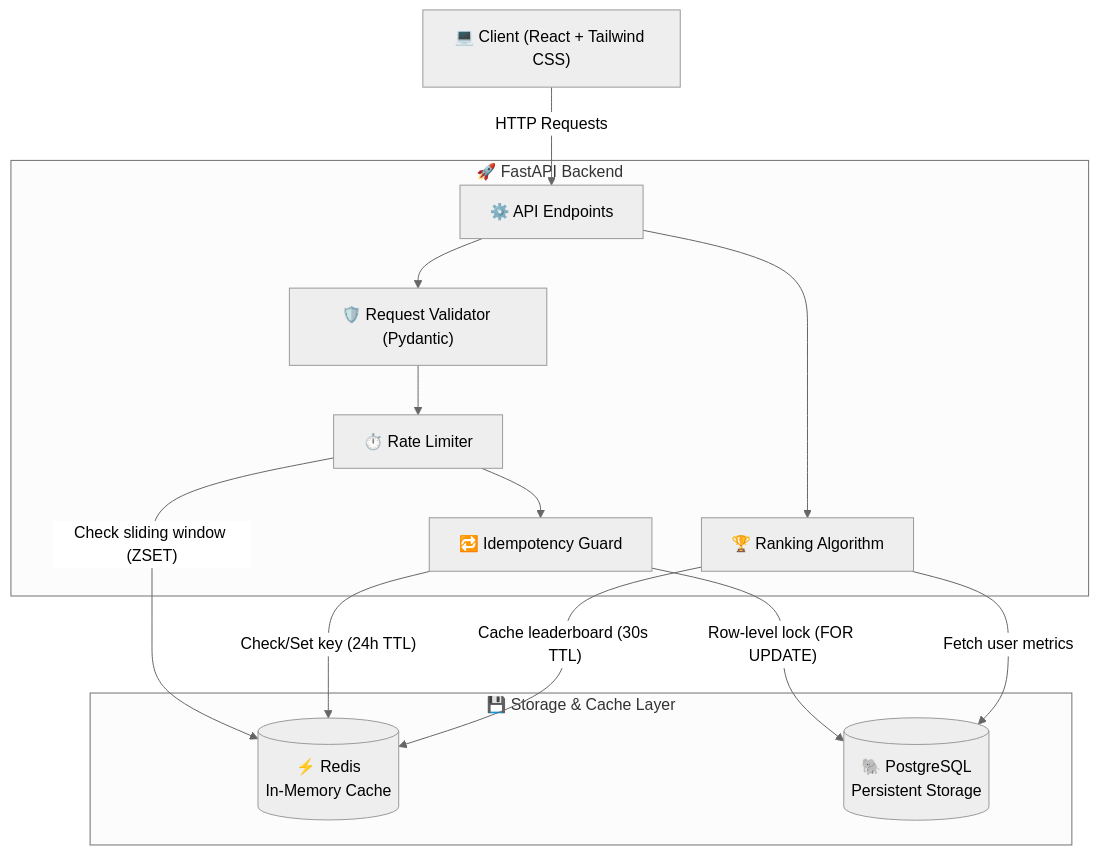
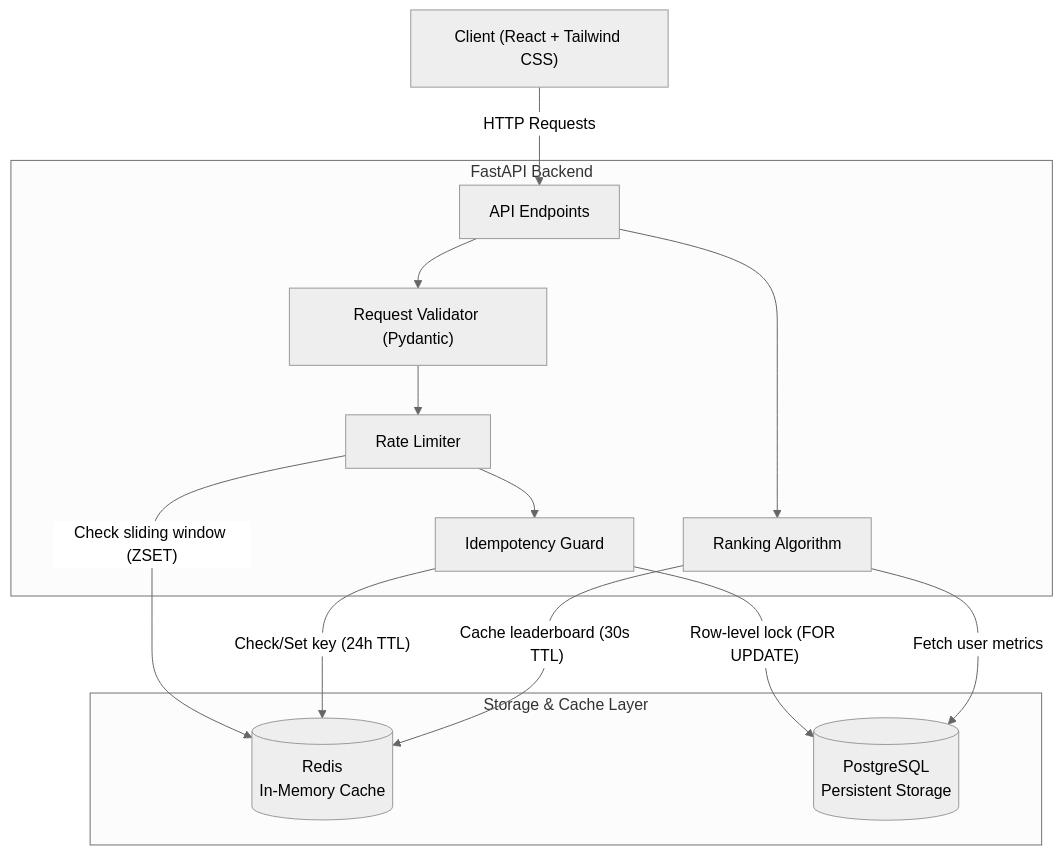
The first of 2 diagrams in README.md (Mahizhan-S/Institute_Of_Digital_Risk), drawn with Mermaid (neutral theme) before and after one commit.

Commit message:
Remove emojis from architecture diagram for a more professional tone

````diff
--- a/README.md
+++ b/README.md
@@ -9,29 +9,29 @@
 ```mermaid
 flowchart TD
-    Client["💻 Client (React + Tailwind CSS)"]
+    Client["Client (React + Tailwind CSS)"]
 
-    subgraph Backend["🚀 FastAPI Backend"]
-        API["⚙️ API Endpoints"]
-        Validator["🛡️ Request Validator (Pydantic)"]
-        RL["⏱️ Rate Limiter"]
-        Idemp["🔁 Idempotency Guard"]
-        Ranking["🏆 Ranking Algorithm"]
+    subgraph Backend["FastAPI Backend"]
+        API["API Endpoints"]
+        Validator["Request Validator (Pydantic)"]
+        RL["Rate Limiter"]
+        Idemp["Idempotency Guard"]
+        Ranking["Ranking Algorithm"]
     end
 
-    subgraph Data["💾 Storage & Cache Layer"]
-        Redis[("⚡ Redis<br>In-Memory Cache")]
-        PG[("🐘 PostgreSQL<br>Persistent Storage")]
+    subgraph Data["Storage & Cache Layer"]
+        Redis[("Redis<br>In-Memory Cache")]
+        PG[("PostgreSQL<br>Persistent Storage")]
     end
 
     Client -- "HTTP Requests" --> API
     API --> Validator
     Validator --> RL
     RL -- "Check sliding window (ZSET)" --> Redis
     RL --> Idemp
     Idemp -- "Check/Set key (24h TTL)" --> Redis
     Idemp -- "Row-level lock (FOR UPDATE)" --> PG
     
     API --> Ranking
     Ranking -- "Cache leaderboard (30s TTL)" --> Redis
     Ranking -- "Fetch user metrics" --> PG
 ```
````
